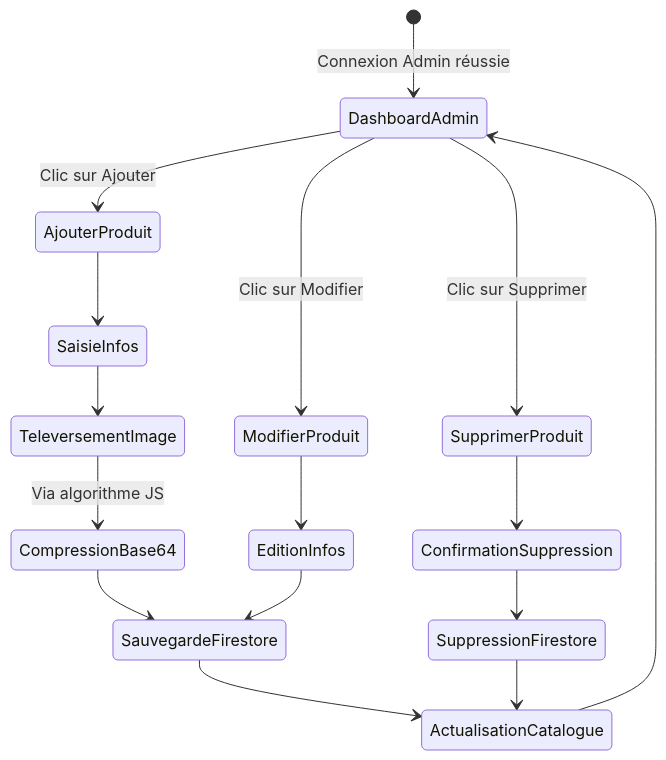
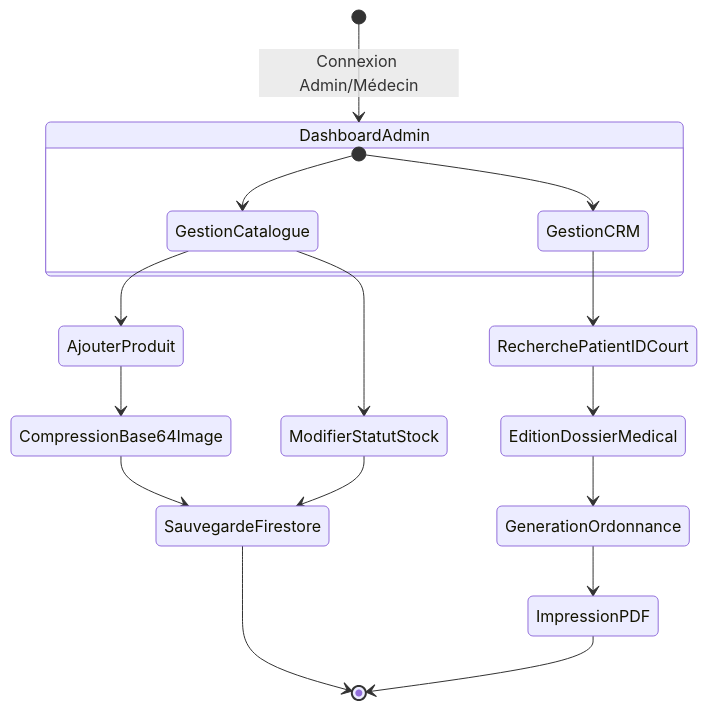
One commit to Midousy92/Barham_Optic changed the sixth of 6 diagrams in Memoire_Complet_Barham_Optic.md. Above: the diagram before and after it, drawn with Mermaid. The commit also changed other lines of this file and 10 other files, not shown here.

Commit message:
feat: ajout de l'historique d'achats sur profil et gestion des commandes sur le dashboard admin

````diff
--- a/Memoire_Complet_Barham_Optic.md
+++ b/Memoire_Complet_Barham_Optic.md
@@ -486,24 +505,24 @@
 ```mermaid
 stateDiagram-v2
-    [*] --> DashboardAdmin: Connexion Admin réussie
+    [*] --> DashboardAdmin: Connexion Admin/Médecin
     
-    DashboardAdmin --> AjouterProduit: Clic sur Ajouter
-    DashboardAdmin --> ModifierProduit: Clic sur Modifier
-    DashboardAdmin --> SupprimerProduit: Clic sur Supprimer
+    state DashboardAdmin {
+        [*] --> GestionCatalogue
+        [*] --> GestionCRM
+    }
     
-    AjouterProduit --> SaisieInfos
-    SaisieInfos --> TeleversementImage
-    TeleversementImage --> CompressionBase64: Via algorithme JS
-    CompressionBase64 --> SauvegardeFirestore
+    GestionCatalogue --> AjouterProduit
+    GestionCatalogue --> ModifierStatutStock
     
-    ModifierProduit --> EditionInfos
-    EditionInfos --> SauvegardeFirestore
+    AjouterProduit --> CompressionBase64Image
+    CompressionBase64Image --> SauvegardeFirestore
+    ModifierStatutStock --> SauvegardeFirestore
     
-    SupprimerProduit --> ConfirmationSuppression
-    ConfirmationSuppression --> SuppressionFirestore
+    GestionCRM --> RecherchePatientIDCourt
+    RecherchePatientIDCourt --> EditionDossierMedical
+    EditionDossierMedical --> GenerationOrdonnance
+    GenerationOrdonnance --> ImpressionPDF
     
-    SauvegardeFirestore --> ActualisationCatalogue
-    SuppressionFirestore --> ActualisationCatalogue
-    
-    ActualisationCatalogue --> DashboardAdmin
+    SauvegardeFirestore --> [*]
+    ImpressionPDF --> [*]
 ```
````
